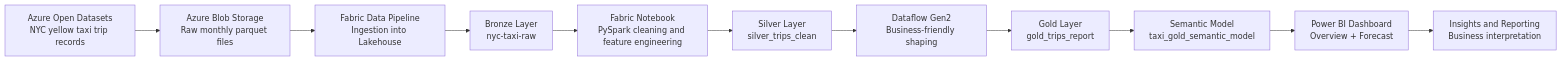
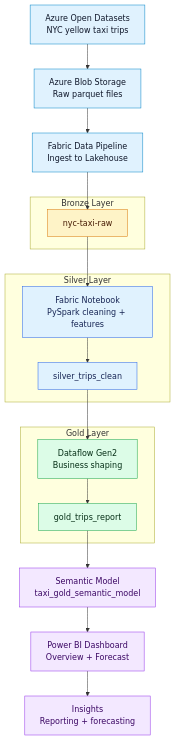
One commit to kagnaem/Azure-parquet-analytics-on-fabric changed the diagram in README.md. Above: the diagram before and after it, drawn with Mermaid.

Commit message:
Improve README workflow diagram layout

````diff
--- a/README.md
+++ b/README.md
@@ -47,24 +47,40 @@
 ```mermaid
-flowchart LR
-    A[Azure Open Datasets
-NYC yellow taxi trip records] --> B[Azure Blob Storage
-Raw monthly parquet files]
-    B --> C[Fabric Data Pipeline
-Ingestion into Lakehouse]
-    C --> D[Bronze Layer
-nyc-taxi-raw]
-    D --> E[Fabric Notebook
-PySpark cleaning and feature engineering]
-    E --> F[Silver Layer
-silver_trips_clean]
-    F --> G[Dataflow Gen2
-Business-friendly shaping]
-    G --> H[Gold Layer
-gold_trips_report]
-    H --> I[Semantic Model
-taxi_gold_semantic_model]
-    I --> J[Power BI Dashboard
-Overview + Forecast]
-    J --> K[Insights and Reporting
-Business interpretation]
+flowchart TB
+    A[Azure Open Datasets<br/>NYC yellow taxi trips] --> B[Azure Blob Storage<br/>Raw parquet files]
+    B --> C[Fabric Data Pipeline<br/>Ingest to Lakehouse]
+
+    subgraph Bronze[Bronze Layer]
+        D[nyc-taxi-raw]
+    end
+
+    subgraph Silver[Silver Layer]
+        E[Fabric Notebook<br/>PySpark cleaning + features]
+        F[silver_trips_clean]
+    end
+
+    subgraph Gold[Gold Layer]
+        G[Dataflow Gen2<br/>Business shaping]
+        H[gold_trips_report]
+    end
+
+    C --> D
+    D --> E
+    E --> F
+    F --> G
+    G --> H
+    H --> I[Semantic Model<br/>taxi_gold_semantic_model]
+    I --> J[Power BI Dashboard<br/>Overview + Forecast]
+    J --> K[Insights<br/>Reporting + forecasting]
+
+    classDef source fill:#e0f2fe,stroke:#0284c7,color:#0f172a,stroke-width:1px;
+    classDef bronze fill:#fef3c7,stroke:#d97706,color:#451a03,stroke-width:1px;
+    classDef silver fill:#e0f2fe,stroke:#2563eb,color:#172554,stroke-width:1px;
+    classDef gold fill:#dcfce7,stroke:#16a34a,color:#052e16,stroke-width:1px;
+    classDef report fill:#f3e8ff,stroke:#9333ea,color:#3b0764,stroke-width:1px;
+
+    class A,B,C source;
+    class D bronze;
+    class E,F silver;
+    class G,H gold;
+    class I,J,K report;
 ```
````
